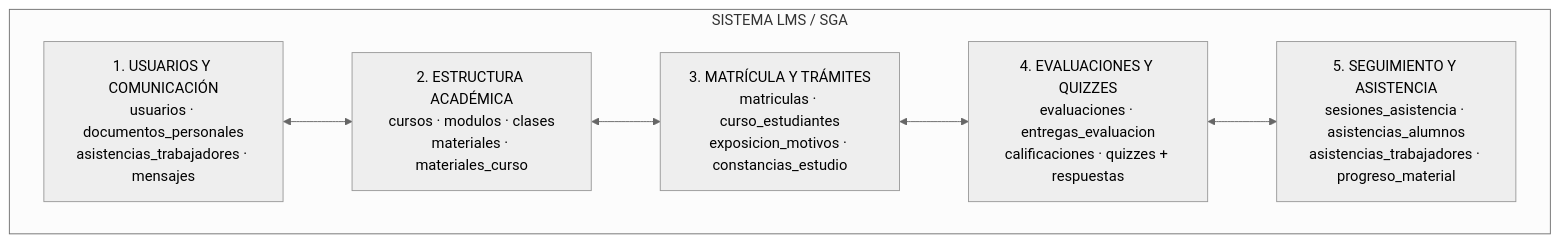
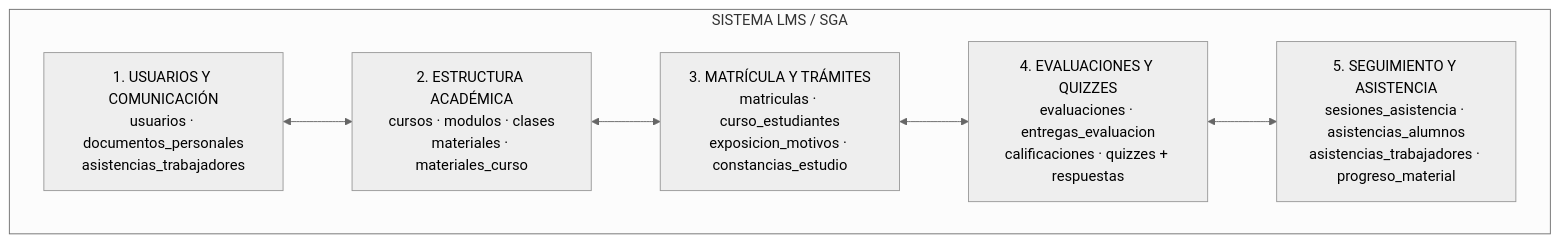
The first of 10 diagrams in docs/DIAGRAMAS.md (Hector-dev/Plataforma_Educativa_Cacique_Tamanaco), drawn with Mermaid (neutral theme) before and after one commit. The commit also changed other lines of this file and 1 other file, not shown here.

Commit message:
docs: quitar tabla mensajes de los diagramas por fallo de render en GitHub

````diff
--- a/docs/DIAGRAMAS.md
+++ b/docs/DIAGRAMAS.md
@@ -21,15 +21,15 @@
 ```mermaid
 flowchart LR
     subgraph LMS["SISTEMA LMS / SGA"]
         direction LR
-        M1["1. USUARIOS Y COMUNICACIÓN<br/>usuarios · documentos_personales<br/>asistencias_trabajadores · mensajes"]
+        M1["1. USUARIOS Y COMUNICACIÓN<br/>usuarios · documentos_personales<br/>asistencias_trabajadores"]
         M2["2. ESTRUCTURA ACADÉMICA<br/>cursos · modulos · clases<br/>materiales · materiales_curso"]
         M3["3. MATRÍCULA Y TRÁMITES<br/>matriculas · curso_estudiantes<br/>exposicion_motivos · constancias_estudio"]
         M4["4. EVALUACIONES Y QUIZZES<br/>evaluaciones · entregas_evaluacion<br/>calificaciones · quizzes + respuestas"]
         M5["5. SEGUIMIENTO Y ASISTENCIA<br/>sesiones_asistencia · asistencias_alumnos<br/>asistencias_trabajadores · progreso_material"]
     end
     M1 <--> M2
     M2 <--> M3
     M3 <--> M4
     M4 <--> M5
 ```
````
